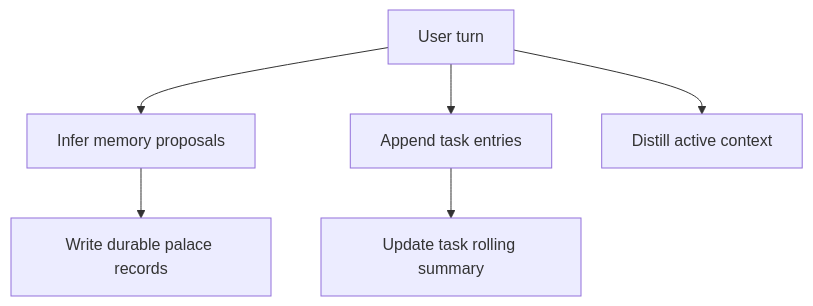
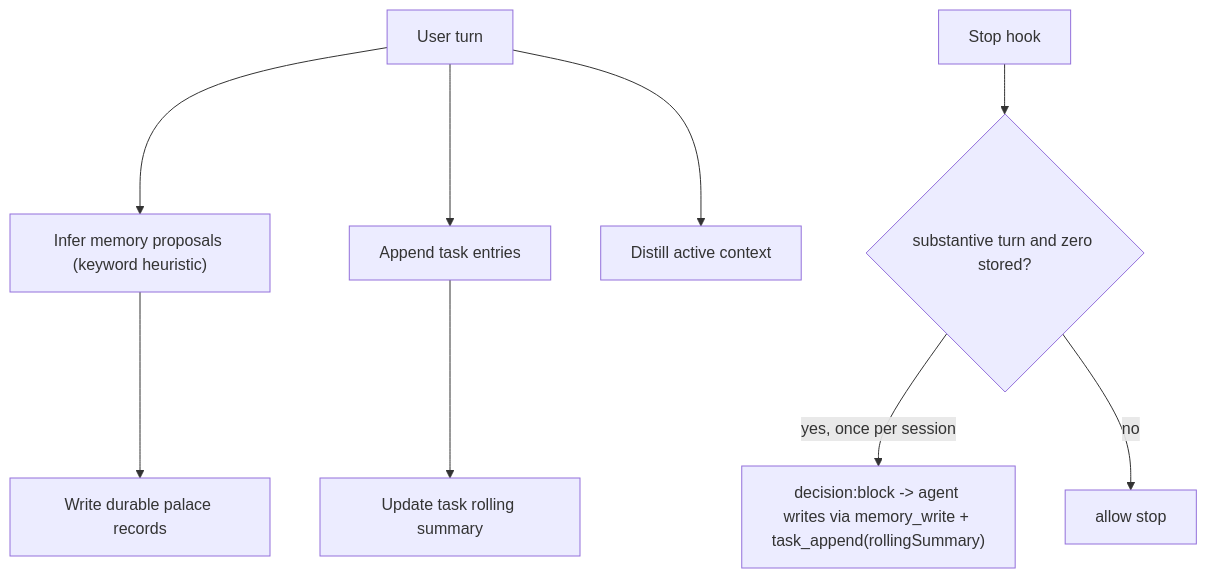
One commit to xdragonjia/leafmem changed the second of 2 diagrams in docs/ARCHITECTURE.md. Above: the diagram before and after it, drawn with Mermaid. The commit also changed other lines of this file and 6 other files, not shown here.

````diff
--- a/docs/ARCHITECTURE.md
+++ b/docs/ARCHITECTURE.md
@@ -61,8 +61,11 @@
 ```mermaid
 flowchart TB
-  Turn["User turn"] --> Proposals["Infer memory proposals"]
+  Turn["User turn"] --> Proposals["Infer memory proposals (keyword heuristic)"]
   Proposals --> Palace["Write durable palace records"]
   Turn --> Task["Append task entries"]
   Task --> Summary["Update task rolling summary"]
   Turn --> Active["Distill active context"]
+  Stop["Stop hook"] --> Drive{"substantive turn and zero stored?"}
+  Drive -- yes, once per session --> Block["decision:block -> agent writes via memory_write + task_append(rollingSummary)"]
+  Drive -- no --> Pass["allow stop"]
 ```
````
